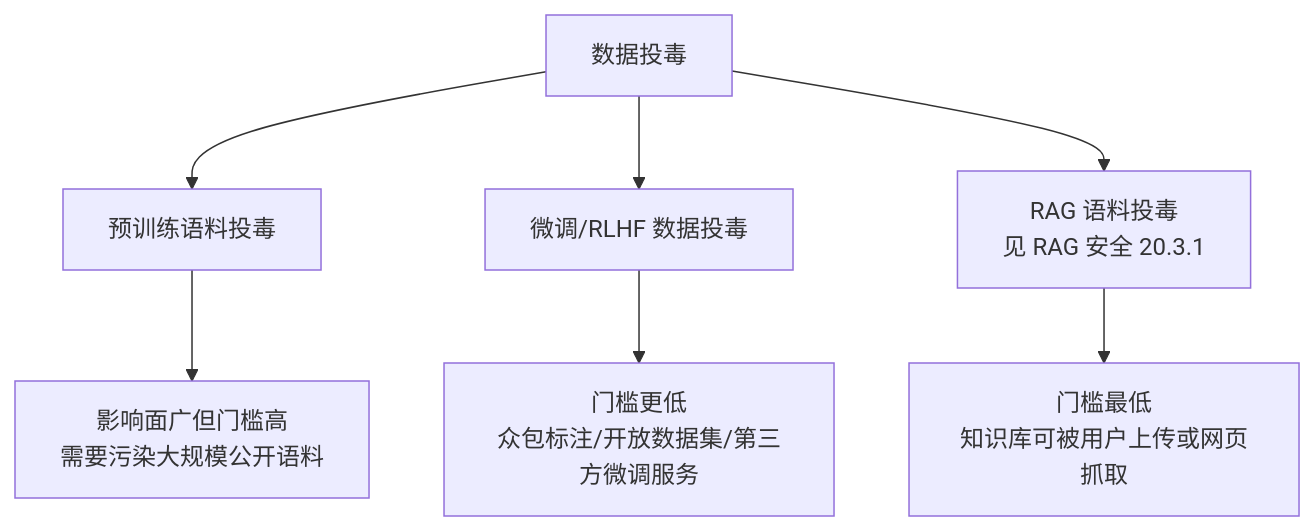
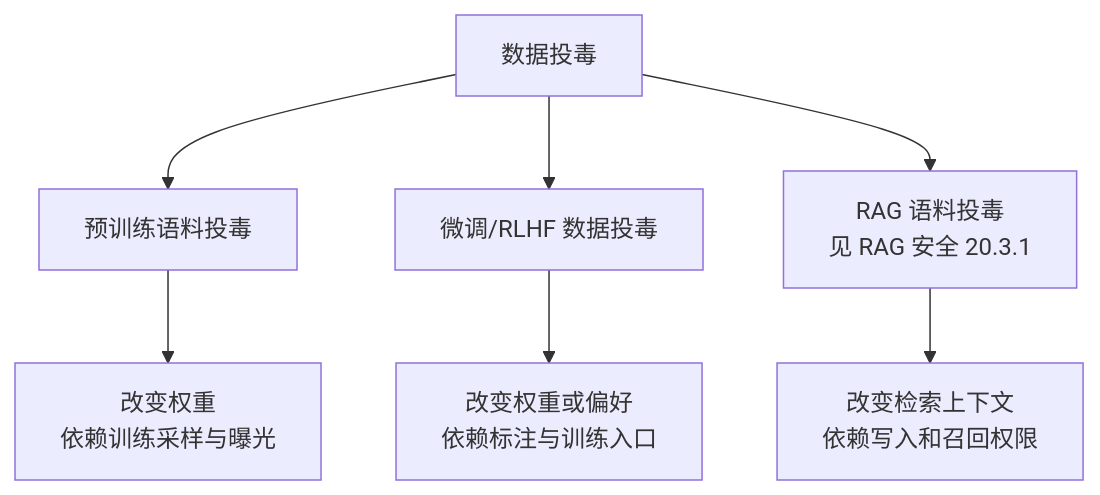
Before and after one commit to oneleaveknowsthefall/awesome-ai-roadmap: the first of 3 diagrams in docs/safety/03-data-model-supply-chain/04-training-finetuning-rag-poisoning.md, drawn with Mermaid. The commit also changed other lines of this file and 26 other files, not shown here.

````diff
--- a/docs/safety/03-data-model-supply-chain/04-training-finetuning-rag-poisoning.md
+++ b/docs/safety/03-data-model-supply-chain/04-training-finetuning-rag-poisoning.md
@@ -7,9 +11,9 @@
 ```mermaid
 flowchart TB
     P[数据投毒] --> P1[预训练语料投毒]
     P --> P2[微调/RLHF 数据投毒]
     P --> P3["RAG 语料投毒<br/>见 RAG 安全 20.3.1"]
-    P1 --> E1[影响面广但门槛高<br/>需要污染大规模公开语料]
-    P2 --> E2[门槛更低<br/>众包标注/开放数据集/第三方微调服务]
-    P3 --> E3[门槛最低<br/>知识库可被用户上传或网页抓取]
+    P1 --> E1[改变权重<br/>依赖训练采样与曝光]
+    P2 --> E2[改变权重或偏好<br/>依赖标注与训练入口]
+    P3 --> E3[改变检索上下文<br/>依赖写入和召回权限]
 ```
````
